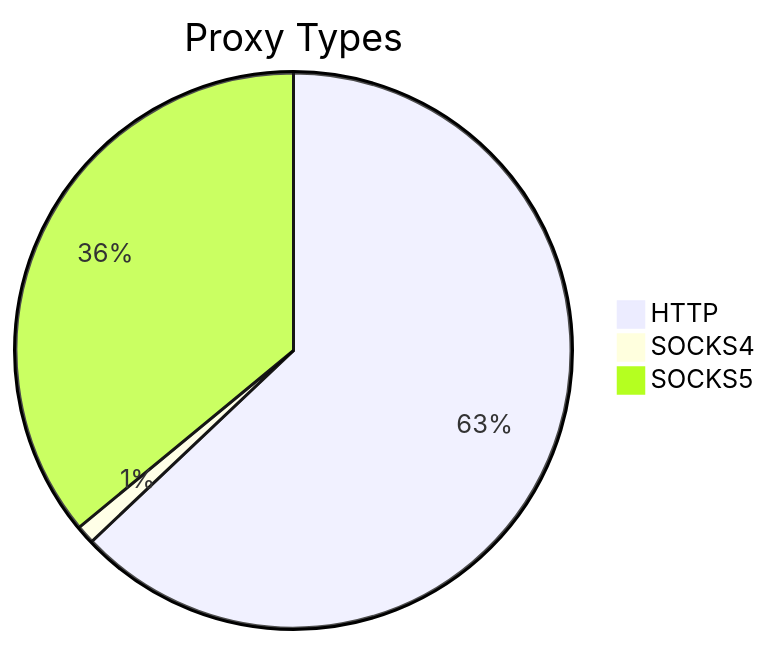
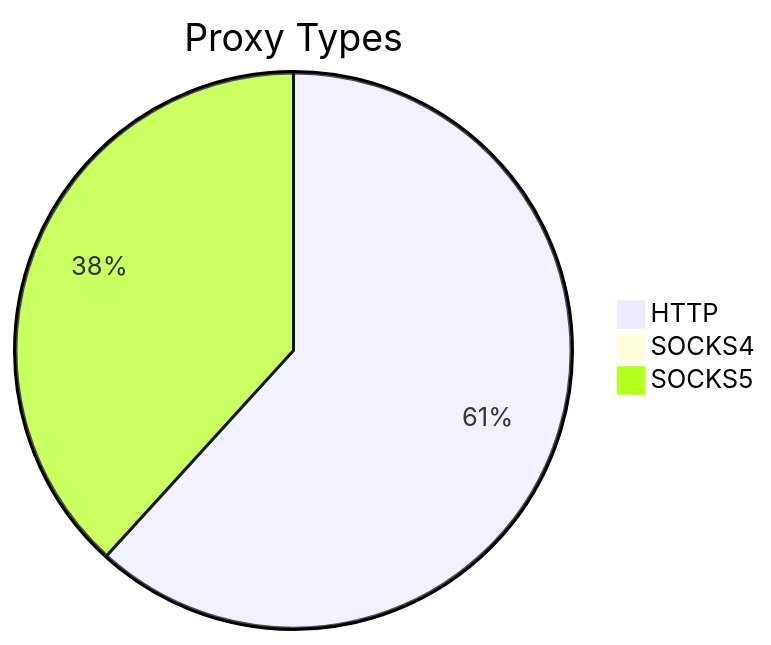
One commit to stormsia/proxy-list changed the first of 2 diagrams in README.md. Above: the diagram before and after it, drawn with Mermaid. The commit also changed other lines of this file, not shown here.

````diff
--- a/README.md
+++ b/README.md
@@ -21,6 +21,6 @@
 ```mermaid
 pie title Proxy Types
-    "HTTP" : 2316
-    "SOCKS4" : 40
-    "SOCKS5" : 1324
+    "HTTP" : 1941
+    "SOCKS4" : 19
+    "SOCKS5" : 1202
 ```
````
